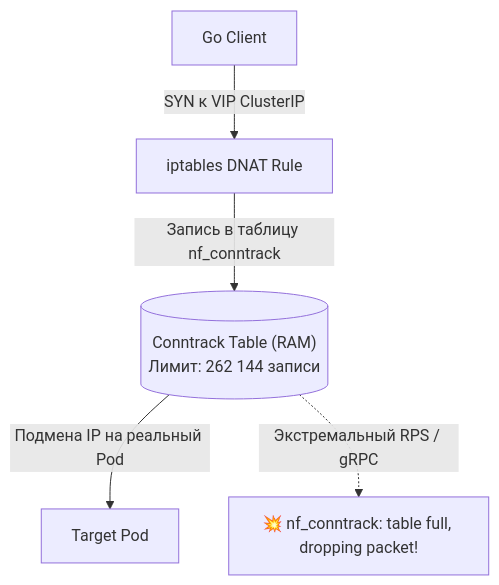
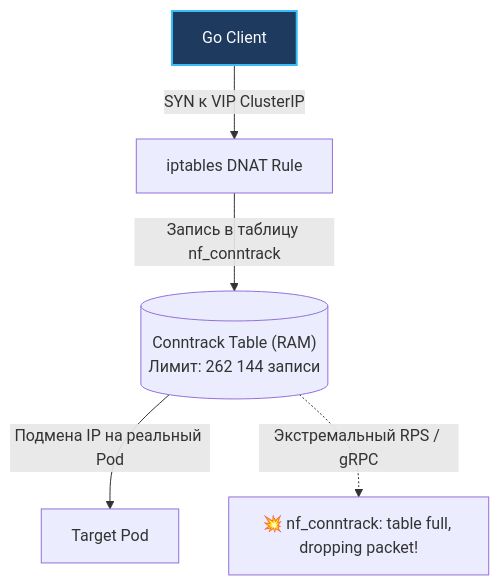
Before and after one commit to UnrealTemplier/go-textbook: the third of 3 diagrams in sources/19. Инфраструктура. Linux, nginx, Docker, Kubernetes/04. Kubernetes/7. Networking в Kubernetes.md, drawn with Mermaid. The commit also changed other lines of this file and 1666 other files, not shown here.

First line of the commit message:
feat(mermaid): add semantic color classDef to 1369 colorless flowchart/graph diagrams

````diff
--- a/sources/19. Инфраструктура. Linux, nginx, Docker, Kubernetes/04. Kubernetes/7. Networking в Kubernetes.md
+++ b/sources/19. Инфраструктура. Linux, nginx, Docker, Kubernetes/04. Kubernetes/7. Networking в Kubernetes.md
@@ -118,8 +138,18 @@
 ```mermaid
 flowchart TD
-    Client["Go Client"] -->|"SYN к VIP ClusterIP"| IPTables["iptables DNAT Rule"]
+    classDef process  fill:#1e293b,stroke:#38bdf8,stroke-width:1px,color:#f8fafc
+    classDef success  fill:#064e3b,stroke:#34d399,stroke-width:1px,color:#f8fafc
+    classDef error    fill:#7f1d1d,stroke:#f87171,stroke-width:1px,color:#f8fafc
+    classDef warning  fill:#78350f,stroke:#fbbf24,stroke-width:1px,color:#f8fafc
+    classDef entry    fill:#1e3a5f,stroke:#38bdf8,stroke-width:2px,color:#f8fafc
+    classDef aux      fill:#334155,stroke:#64748b,stroke-width:1px,color:#f8fafc
+    classDef system   fill:#312e81,stroke:#a78bfa,stroke-width:1px,color:#f8fafc
+    classDef data     fill:#132d29,stroke:#2dd4bf,stroke-width:1px,color:#f8fafc
+    classDef network  fill:#881337,stroke:#fb7185,stroke-width:1px,color:#f8fafc
+    classDef accent   fill:#1e1b4b,stroke:#818cf8,stroke-width:1px,color:#f8fafc
+    Client["Go Client"]:::entry -->|"SYN к VIP ClusterIP"| IPTables["iptables DNAT Rule"]
     IPTables -->|"Запись в таблицу nf_conntrack"| CT[("Conntrack Table (RAM)\nЛимит: 262 144 записи")]
     CT -->|"Подмена IP на реальный Pod"| TargetPod["Target Pod"]
     
     CT -.->|"Экстремальный RPS / gRPC"| Overflow["💥 nf_conntrack: table full, dropping packet!"]
 ```
````
